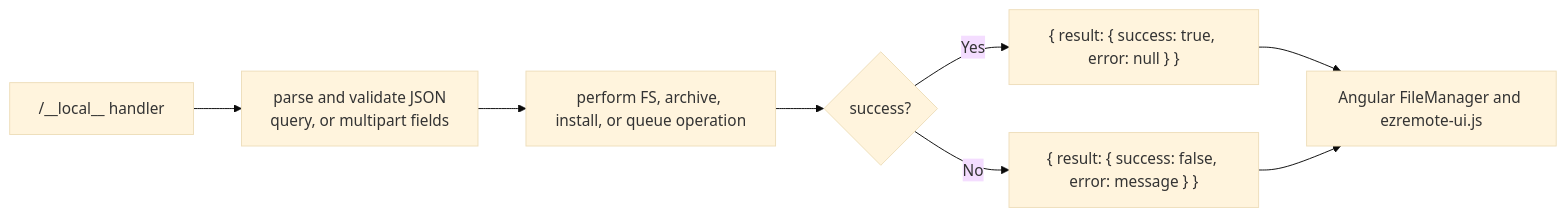
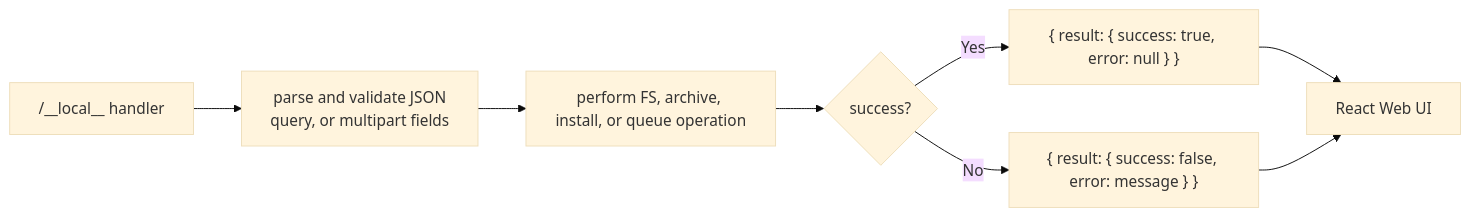
Diagram 32 of 32 in DIAGRAMS.md (t-tx/ps5-ezremote-client), drawn with Mermaid (base theme) before and after one commit. The commit also changed other lines of this file and 138 other files, not shown here.

````diff
--- a/DIAGRAMS.md
+++ b/DIAGRAMS.md
@@ -743,10 +744,10 @@
 ```mermaid
 flowchart LR
     Handler["/__local__ handler"] --> Validate["parse and validate JSON\nquery, or multipart fields"]
     Validate --> Work["perform FS, archive, install, or queue operation"]
     Work --> Result{"success?"}
     Result -->|"Yes"| Success["{ result: { success: true, error: null } }"]
     Result -->|"No"| Failure["{ result: { success: false, error: message } }"]
-    Success --> Angular["Angular FileManager and ezremote-ui.js"]
-    Failure --> Angular
+    Success --> React["React Web UI"]
+    Failure --> React
 ```
````
